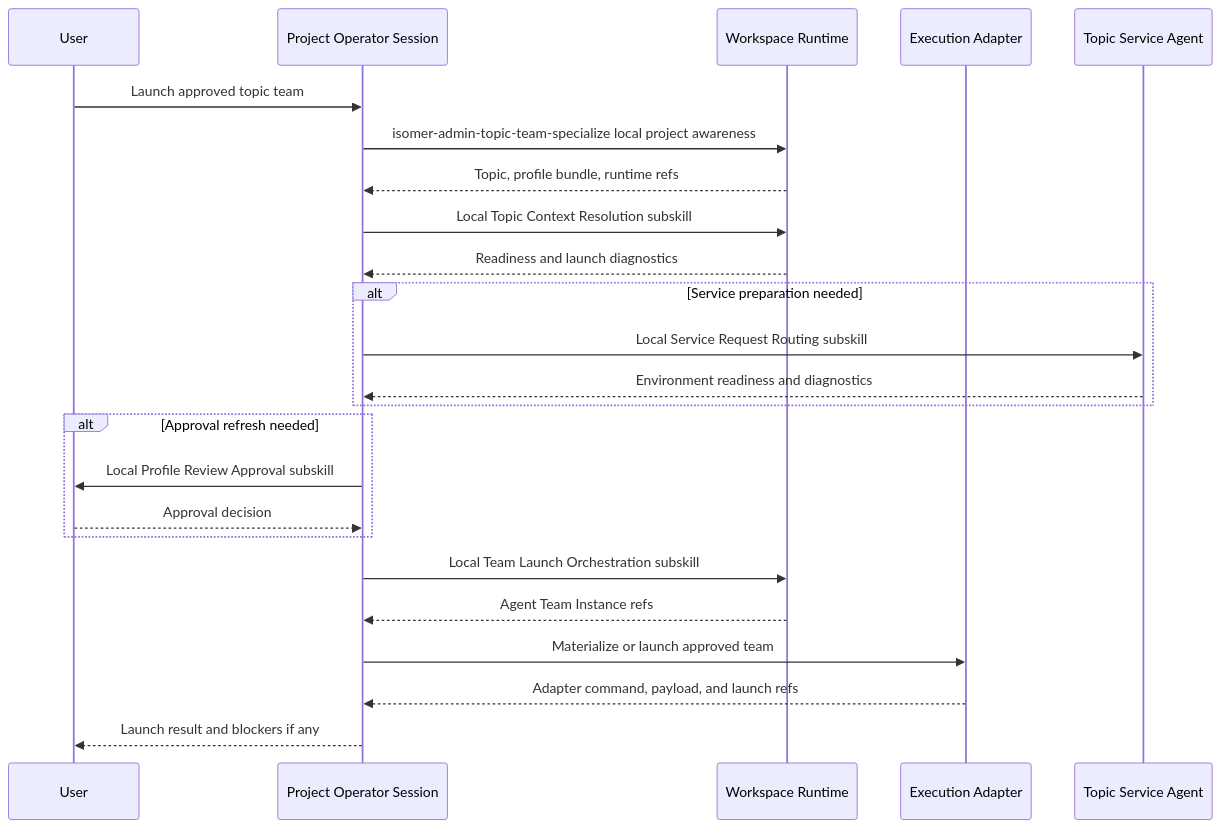
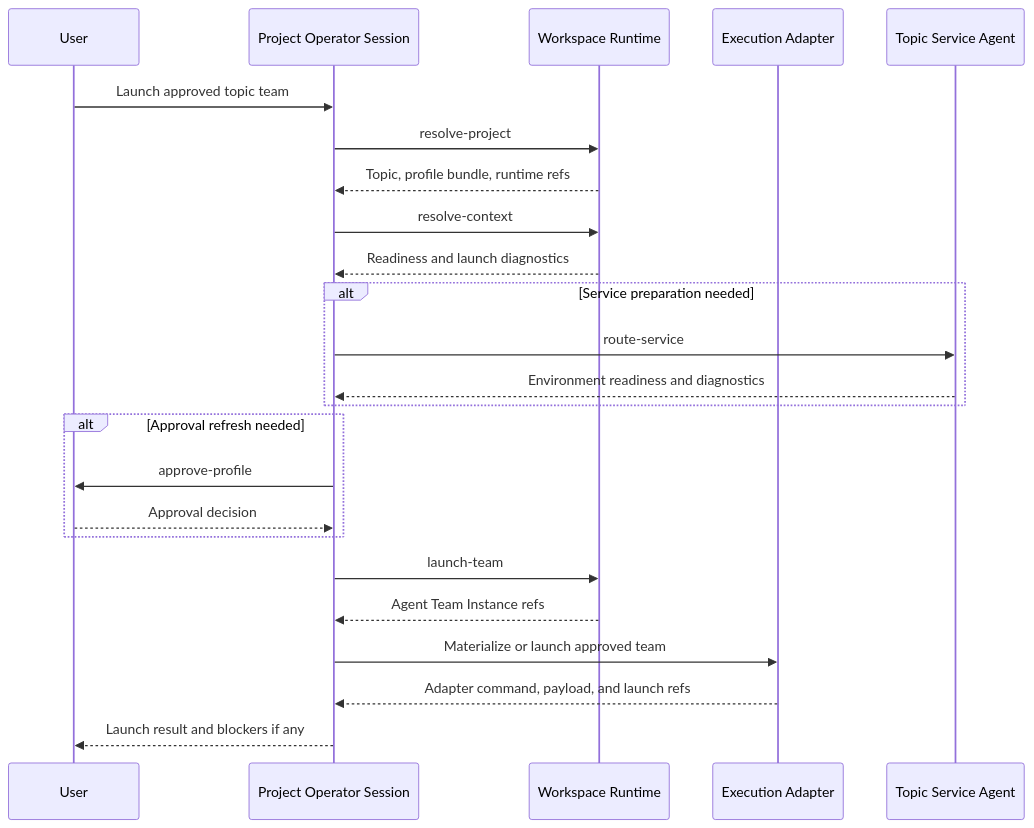
Before and after one commit to CodeGandee/isomer-labs: the second of 2 diagrams in skillset/operator/README.md, drawn with Mermaid. The commit also changed other lines of this file and 20 other files, not shown here.

Commit message:
refactor: split topic team specialization subcommands

````diff
--- a/skillset/operator/README.md
+++ b/skillset/operator/README.md
@@ -51,27 +52,27 @@
 ```mermaid
 sequenceDiagram
     participant User
     participant Operator as Project Operator Session
     participant Runtime as Workspace Runtime
     participant Adapter as Execution Adapter
     participant Service as Topic Service Agent
 
     User->>Operator: Launch approved topic team
-    Operator->>Runtime: isomer-admin-topic-team-specialize local project awareness
+    Operator->>Runtime: resolve-project
     Runtime-->>Operator: Topic, profile bundle, runtime refs
-    Operator->>Runtime: Local Topic Context Resolution subskill
+    Operator->>Runtime: resolve-context
     Runtime-->>Operator: Readiness and launch diagnostics
     alt Service preparation needed
-        Operator->>Service: Local Service Request Routing subskill
+        Operator->>Service: route-service
         Service-->>Operator: Environment readiness and diagnostics
     end
     alt Approval refresh needed
-        Operator->>User: Local Profile Review Approval subskill
+        Operator->>User: approve-profile
         User-->>Operator: Approval decision
     end
-    Operator->>Runtime: Local Team Launch Orchestration subskill
+    Operator->>Runtime: launch-team
     Runtime-->>Operator: Agent Team Instance refs
     Operator->>Adapter: Materialize or launch approved team
     Adapter-->>Operator: Adapter command, payload, and launch refs
     Operator-->>User: Launch result and blockers if any
 ```
````
